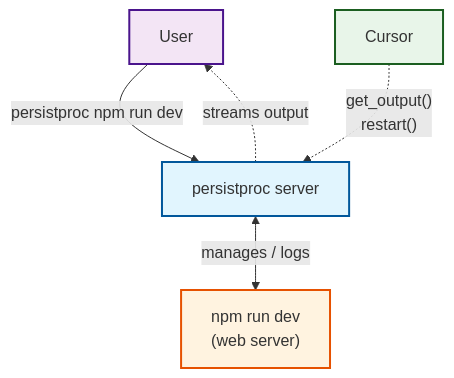
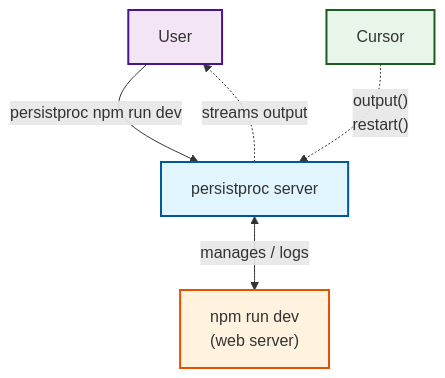
Before and after one commit to irskep/persistproc: the first of 2 diagrams in README.md, drawn with Mermaid. The commit also changed other lines of this file and 1 other file, not shown here.

````diff
--- a/README.md
+++ b/README.md
@@ -27,13 +27,13 @@
 ```mermaid
 graph TB
     User[User] -->|"persistproc npm run dev"| PP[persistproc server]
     PP <-->|"manages / logs"| NPM["npm run dev<br/>(web server)"]
     PP -.->|"streams output"| User
     
-    Agent[Cursor] -.->|"get_output()<br/>restart()"| PP
+    Agent[Cursor] -.->|"output()<br/>restart()"| PP
     
     style PP fill:#e1f5fe,stroke:#01579b,stroke-width:2px
     style NPM fill:#fff3e0,stroke:#e65100,stroke-width:2px
     style User fill:#f3e5f5,stroke:#4a148c,stroke-width:2px
     style Agent fill:#e8f5e9,stroke:#1b5e20,stroke-width:2px
 ```
````
